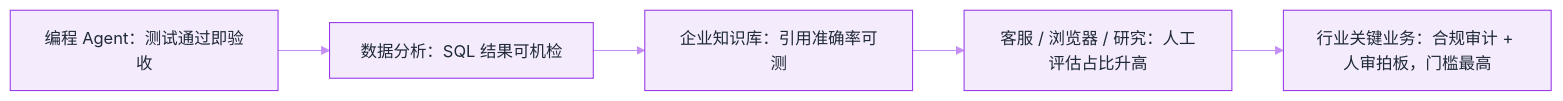
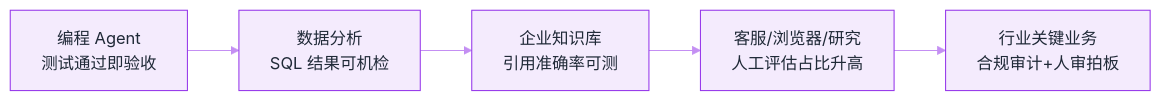
One commit to funny8kids/ai-agent-handbook changed the diagram in docs/12-applications/README.md. Above: the diagram before and after it, drawn with Mermaid. The commit also changed 39 other files, not shown here.

First line of the commit message:
Round 15: re-measure all diagrams on GitBook's real mermaid version (11.14.0)

````diff
--- a/docs/12-applications/README.md
+++ b/docs/12-applications/README.md
@@ -36,8 +36,8 @@
 ```mermaid
 %%{init: {"theme":"base","themeVariables":{"primaryColor":"#F4EBFD","primaryBorderColor":"#9333EA","primaryTextColor":"#1F2937","secondaryColor":"#E7D2FA","tertiaryColor":"#FBF7FE","lineColor":"#C48FF3","actorBkg":"#F6EFFD","actorBorder":"#9333EA","actorTextColor":"#1F2937","signalColor":"#B370F0","noteBkgColor":"#ECDAFB","noteBorderColor":"#9333EA","noteTextColor":"#1F2937","labelBoxBkgColor":"#F4EBFD","labelBoxBorderColor":"#9333EA"}}}%%
 flowchart LR
-    A["编程 Agent：测试通过即验收"] --> B["数据分析：SQL 结果可机检"]
-    B --> C["企业知识库：引用准确率可测"]
-    C --> D["客服 / 浏览器 / 研究：人工评估占比升高"]
-    D --> E["行业关键业务：合规审计 + 人审拍板，门槛最高"]
+    A["编程 Agent<br/>测试通过即验收"] --> B["数据分析<br/>SQL 结果可机检"]
+    B --> C["企业知识库<br/>引用准确率可测"]
+    C --> D["客服/浏览器/研究<br/>人工评估占比升高"]
+    D --> E["行业关键业务<br/>合规审计+人审拍板"]
 ```
````
